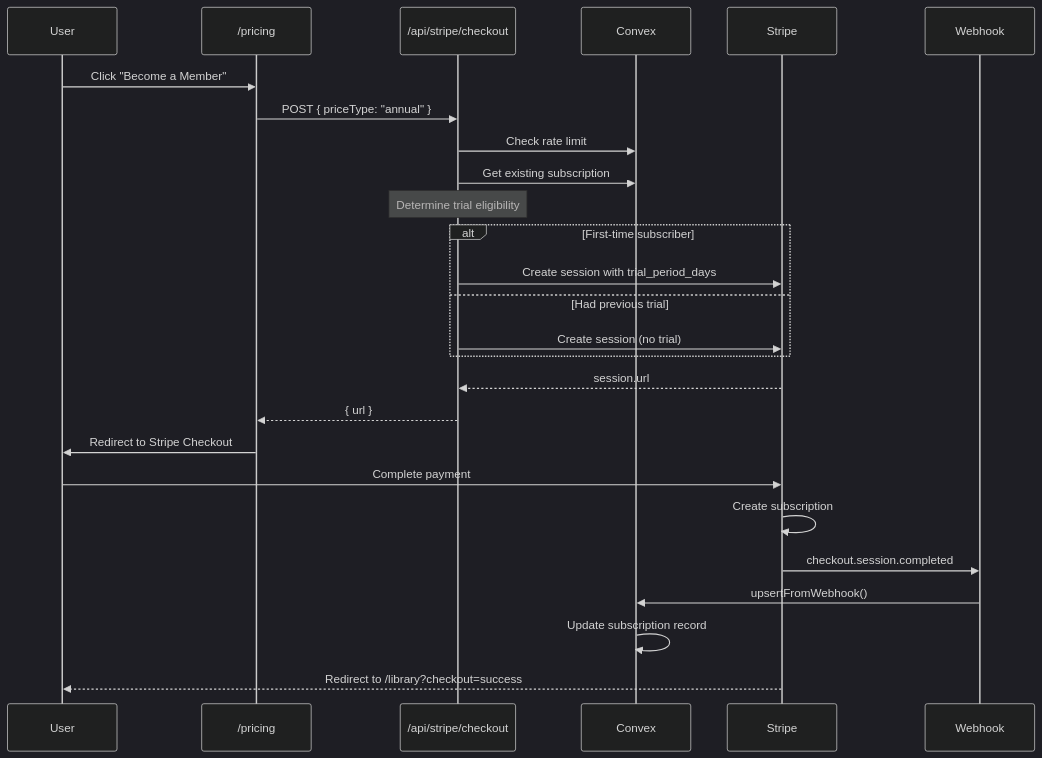
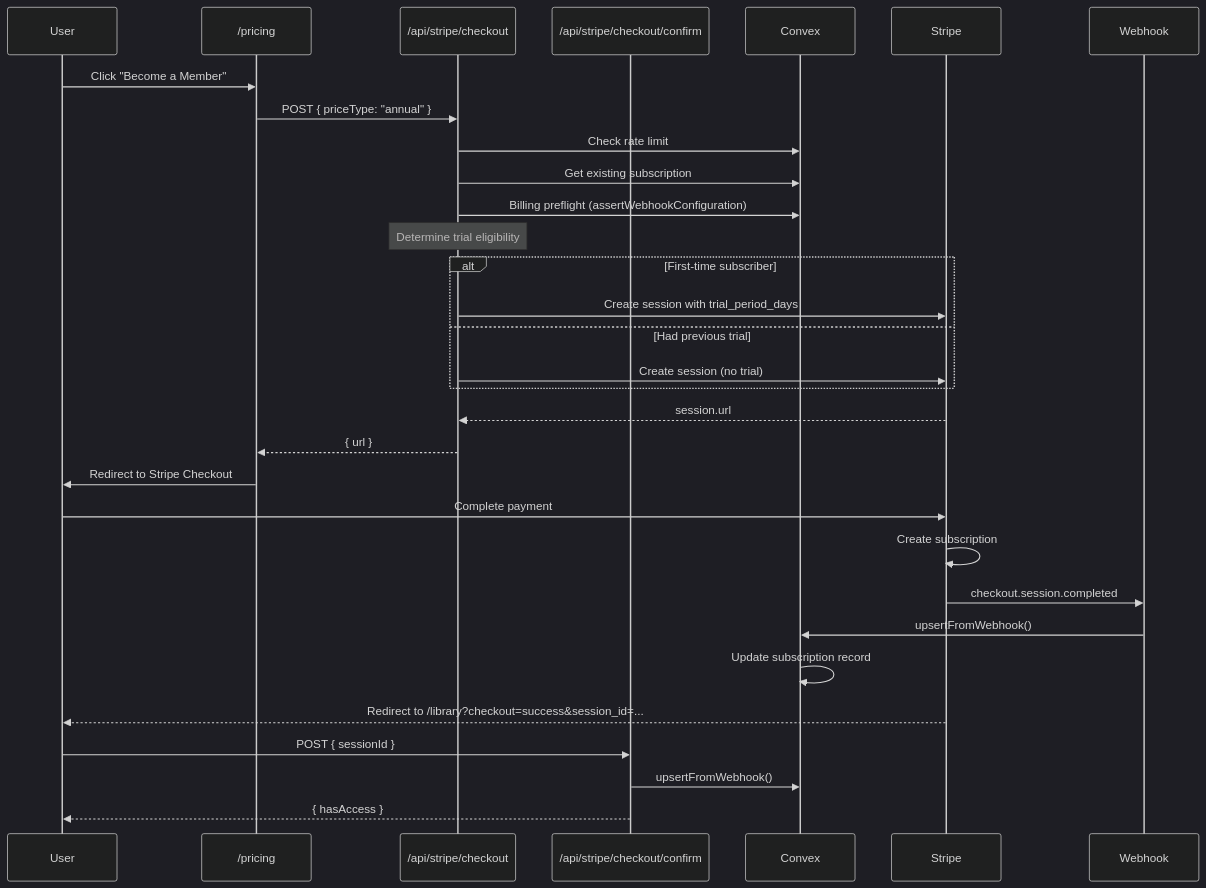
One commit to misty-step/bibliomnomnom changed the second of 3 diagrams in docs/flows/stripe-subscription.md. Above: the diagram before and after it, drawn with Mermaid (dark theme). The commit also changed other lines of this file and 82 other files, not shown here.

````diff
--- a/docs/flows/stripe-subscription.md
+++ b/docs/flows/stripe-subscription.md
@@ -67,33 +71,38 @@
 ```mermaid
 sequenceDiagram
     participant User
     participant Pricing as /pricing
     participant Checkout as /api/stripe/checkout
+    participant Confirm as /api/stripe/checkout/confirm
     participant Convex
     participant Stripe
 
     User->>Pricing: Click "Become a Member"
     Pricing->>Checkout: POST { priceType: "annual" }
     Checkout->>Convex: Check rate limit
     Checkout->>Convex: Get existing subscription
+    Checkout->>Convex: Billing preflight (assertWebhookConfiguration)
     Note over Checkout: Determine trial eligibility
 
     alt First-time subscriber
         Checkout->>Stripe: Create session with trial_period_days
     else Had previous trial
         Checkout->>Stripe: Create session (no trial)
     end
 
     Stripe-->>Checkout: session.url
     Checkout-->>Pricing: { url }
     Pricing->>User: Redirect to Stripe Checkout
 
     User->>Stripe: Complete payment
     Stripe->>Stripe: Create subscription
 
     Stripe->>Webhook: checkout.session.completed
     Webhook->>Convex: upsertFromWebhook()
     Convex->>Convex: Update subscription record
 
-    Stripe-->>User: Redirect to /library?checkout=success
+    Stripe-->>User: Redirect to /library?checkout=success&session_id=...
+    User->>Confirm: POST { sessionId }
+    Confirm->>Convex: upsertFromWebhook()
+    Confirm-->>User: { hasAccess }
 ```
````
